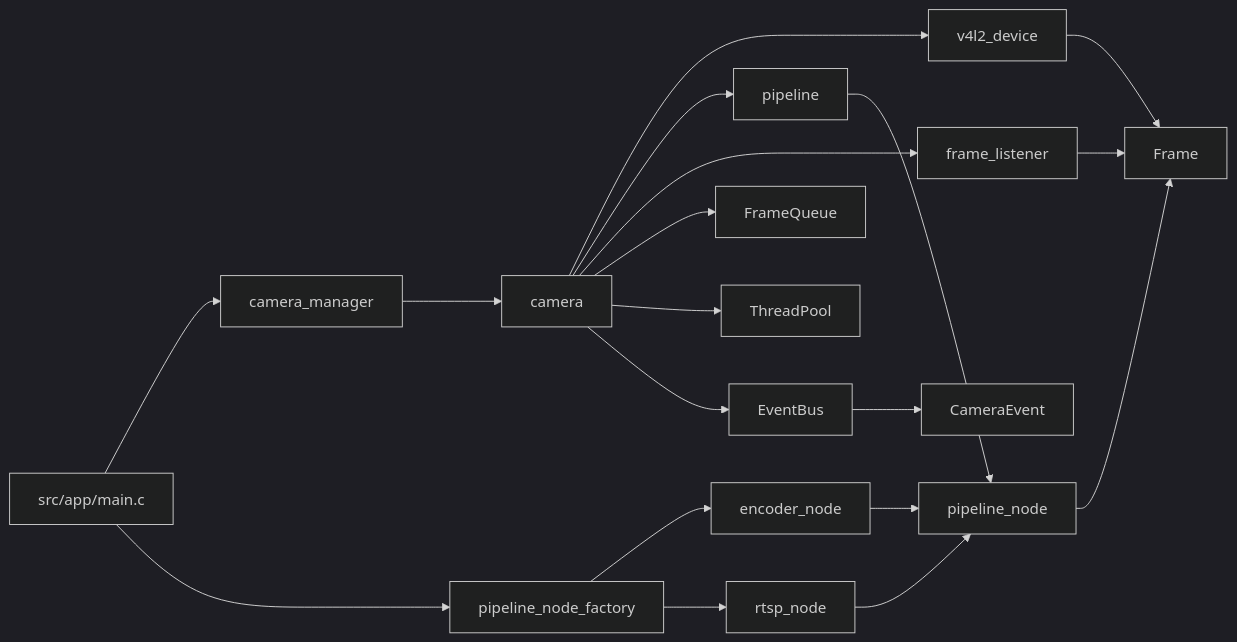
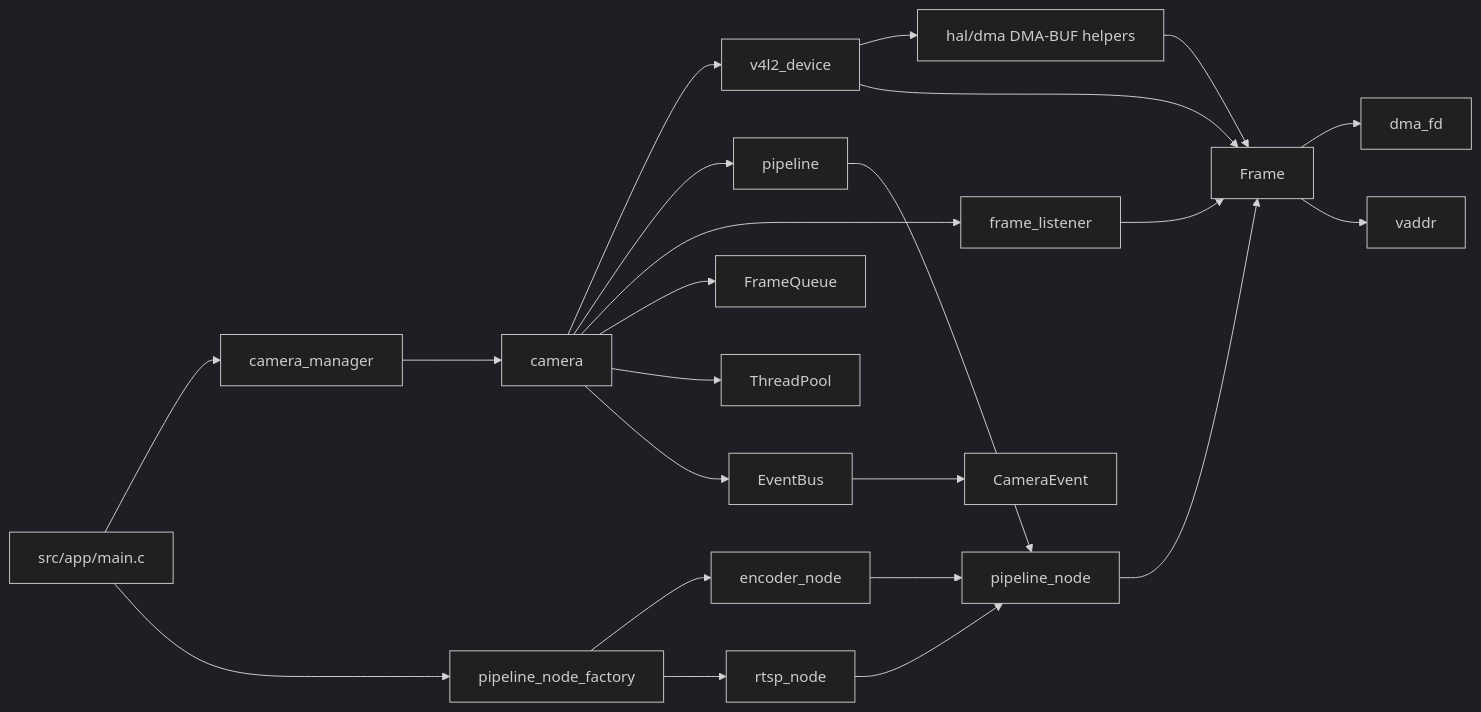
One commit to originalcore/rk3588_camera changed the seventh of 7 diagrams in CAMERA_FLOWCHARTS.md. Above: the diagram before and after it, drawn with Mermaid (dark theme). The commit also changed 14 other files, not shown here.

Commit message:
Add DMA-BUF oriented frame and HAL modules

````diff
--- a/CAMERA_FLOWCHARTS.md
+++ b/CAMERA_FLOWCHARTS.md
@@ -181,24 +181,28 @@
 ```mermaid
 flowchart LR
     APP[src/app/main.c] --> CM[camera_manager]
     APP --> CF[pipeline_node_factory]
 
     CM --> CAM[camera]
     CAM --> V4L2[v4l2_device]
     CAM --> PL[pipeline]
     CAM --> FL[frame_listener]
     CAM --> FQ[FrameQueue]
     CAM --> TP[ThreadPool]
     CAM --> EB[EventBus]
+    V4L2 --> DMA[hal/dma DMA-BUF helpers]
 
     PL --> PN[pipeline_node]
     CF --> ENC[encoder_node]
     CF --> RTSP[rtsp_node]
     ENC --> PN
     RTSP --> PN
 
     V4L2 --> FR[Frame]
+    DMA --> FR
+    FR --> FD[dma_fd]
+    FR --> VA[vaddr]
     PN --> FR
     FL --> FR
     EB --> EVT[CameraEvent]
 ```
````
